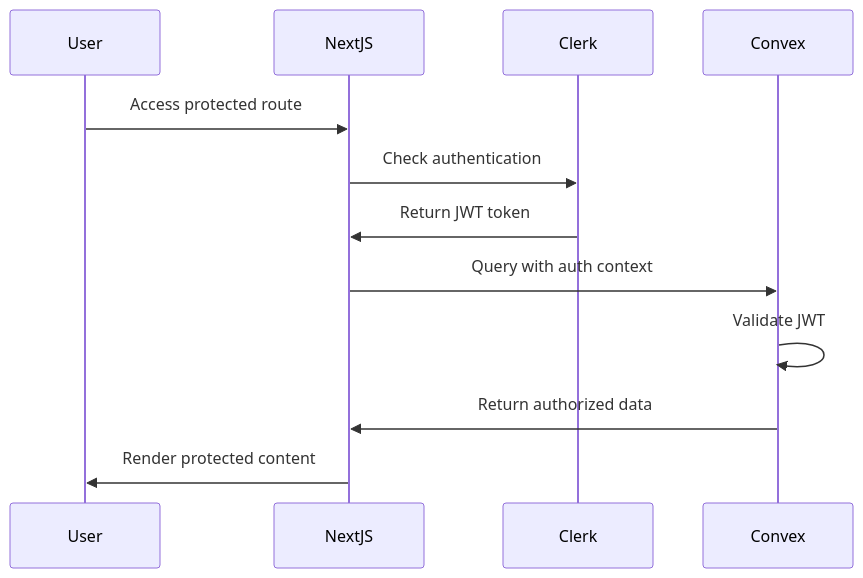
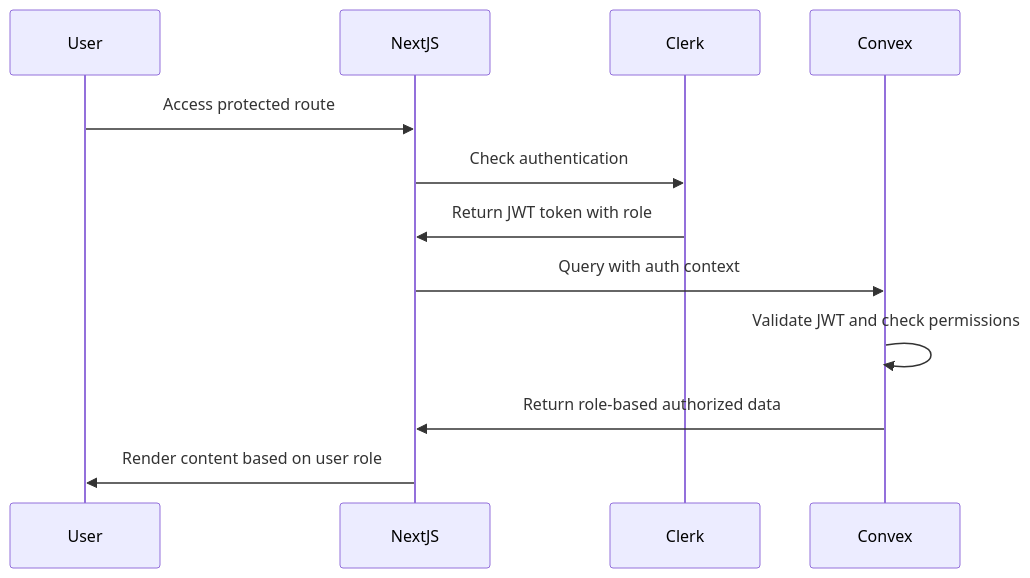
Before and after one commit to Calel33/next-starter: the second of 5 diagrams in docs/core/ARCHITECTURE.md, drawn with Mermaid. The commit also changed other lines of this file and 39 other files, not shown here.

````diff
--- a/docs/core/ARCHITECTURE.md
+++ b/docs/core/ARCHITECTURE.md
@@ -120,15 +263,15 @@
 ```mermaid
 sequenceDiagram
     participant User
     participant NextJS
     participant Clerk
     participant Convex
-    
+
     User->>NextJS: Access protected route
     NextJS->>Clerk: Check authentication
-    Clerk->>NextJS: Return JWT token
+    Clerk->>NextJS: Return JWT token with role
     NextJS->>Convex: Query with auth context
-    Convex->>Convex: Validate JWT
-    Convex->>NextJS: Return authorized data
-    NextJS->>User: Render protected content
+    Convex->>Convex: Validate JWT and check permissions
+    Convex->>NextJS: Return role-based authorized data
+    NextJS->>User: Render content based on user role
 ```
````
